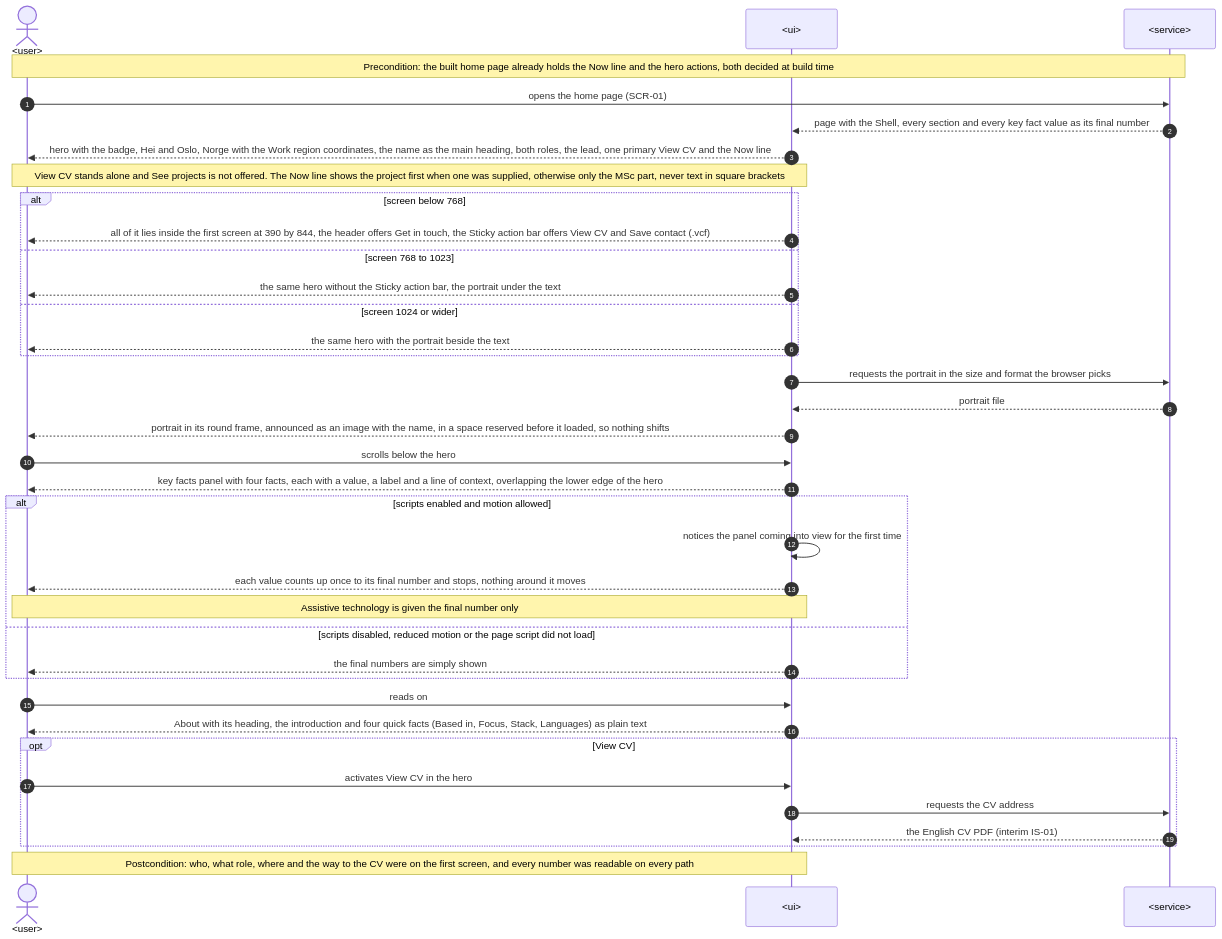
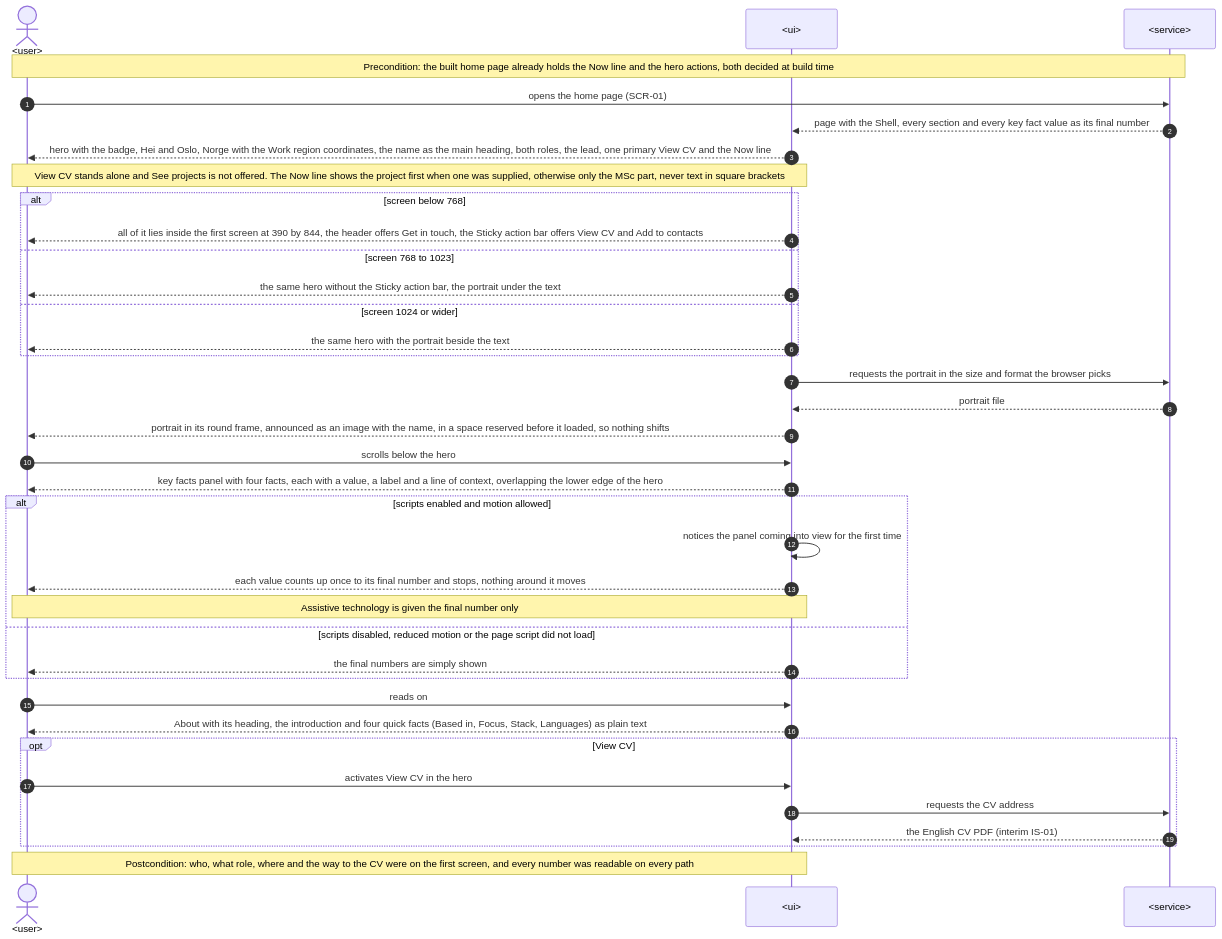
One commit to Ponomaleks/alpon.dev changed the fifth of 9 diagrams in docs/features/home/sad.md. Above: the diagram before and after it, drawn with Mermaid. The commit also changed other lines of this file and 29 other files, not shown here.

First line of the commit message:
feat(home): Rename the contact card action to "Add to contacts" with .vcf as meta text

````diff
--- a/docs/features/home/sad.md
+++ b/docs/features/home/sad.md
@@ -319,40 +319,40 @@
 ```mermaid
 sequenceDiagram
     autonumber
     actor U as <user>
     participant UI as <ui>
     participant S as <service>
 
     Note over U,S: Precondition: the built home page already holds the Now line and the hero actions, both decided at build time
     U->>S: opens the home page (SCR-01)
     S-->>UI: page with the Shell, every section and every key fact value as its final number
     UI-->>U: hero with the badge, Hei and Oslo, Norge with the Work region coordinates, the name as the main heading, both roles, the lead, one primary View CV and the Now line
     Note over U,UI: View CV stands alone and See projects is not offered. The Now line shows the project first when one was supplied, otherwise only the MSc part, never text in square brackets
     alt screen below 768
-        UI-->>U: all of it lies inside the first screen at 390 by 844, the header offers Get in touch, the Sticky action bar offers View CV and Save contact (.vcf)
+        UI-->>U: all of it lies inside the first screen at 390 by 844, the header offers Get in touch, the Sticky action bar offers View CV and Add to contacts
     else screen 768 to 1023
         UI-->>U: the same hero without the Sticky action bar, the portrait under the text
     else screen 1024 or wider
         UI-->>U: the same hero with the portrait beside the text
     end
     UI->>S: requests the portrait in the size and format the browser picks
     S-->>UI: portrait file
     UI-->>U: portrait in its round frame, announced as an image with the name, in a space reserved before it loaded, so nothing shifts
     U->>UI: scrolls below the hero
     UI-->>U: key facts panel with four facts, each with a value, a label and a line of context, overlapping the lower edge of the hero
     alt scripts enabled and motion allowed
         UI->>UI: notices the panel coming into view for the first time
         UI-->>U: each value counts up once to its final number and stops, nothing around it moves
         Note over U,UI: Assistive technology is given the final number only
     else scripts disabled, reduced motion or the page script did not load
         UI-->>U: the final numbers are simply shown
     end
     U->>UI: reads on
     UI-->>U: About with its heading, the introduction and four quick facts (Based in, Focus, Stack, Languages) as plain text
     opt View CV
         U->>UI: activates View CV in the hero
         UI->>S: requests the CV address
         S-->>UI: the English CV PDF (interim IS-01)
     end
     Note over U,UI: Postcondition: who, what role, where and the way to the CV were on the first screen, and every number was readable on every path
 ```
````
